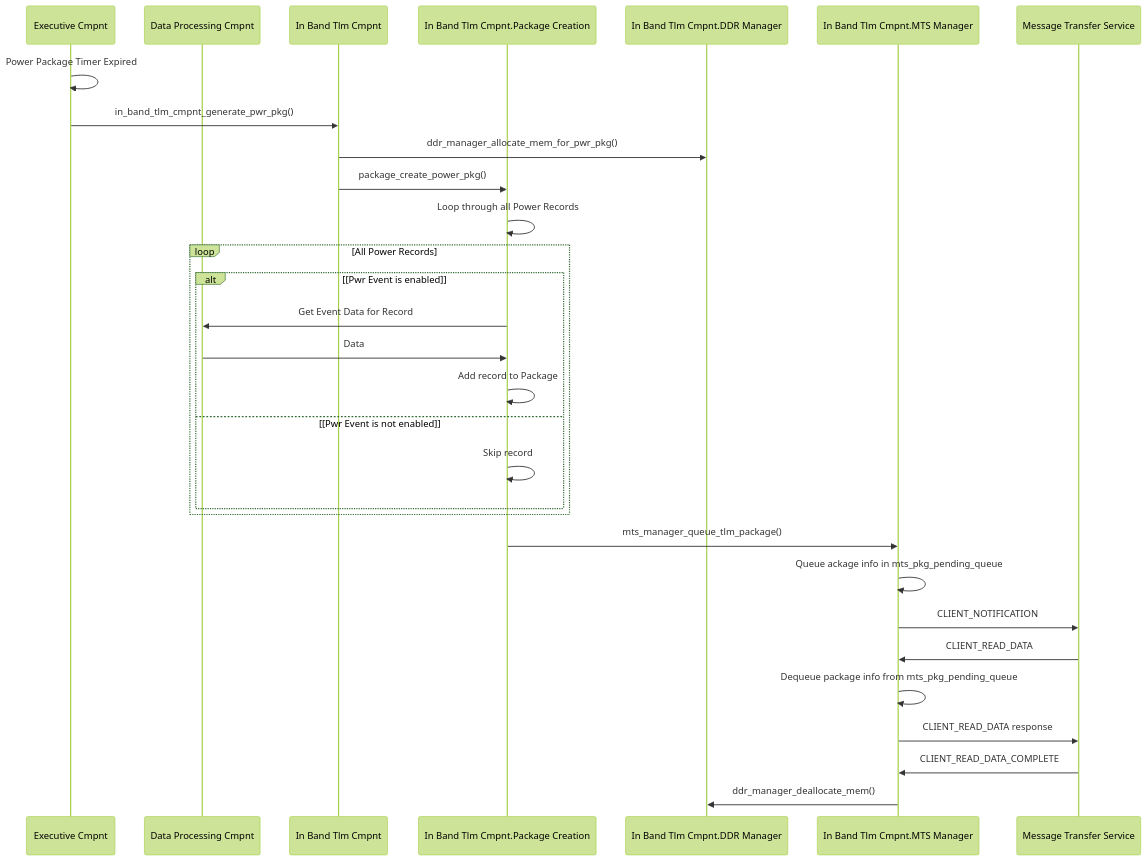
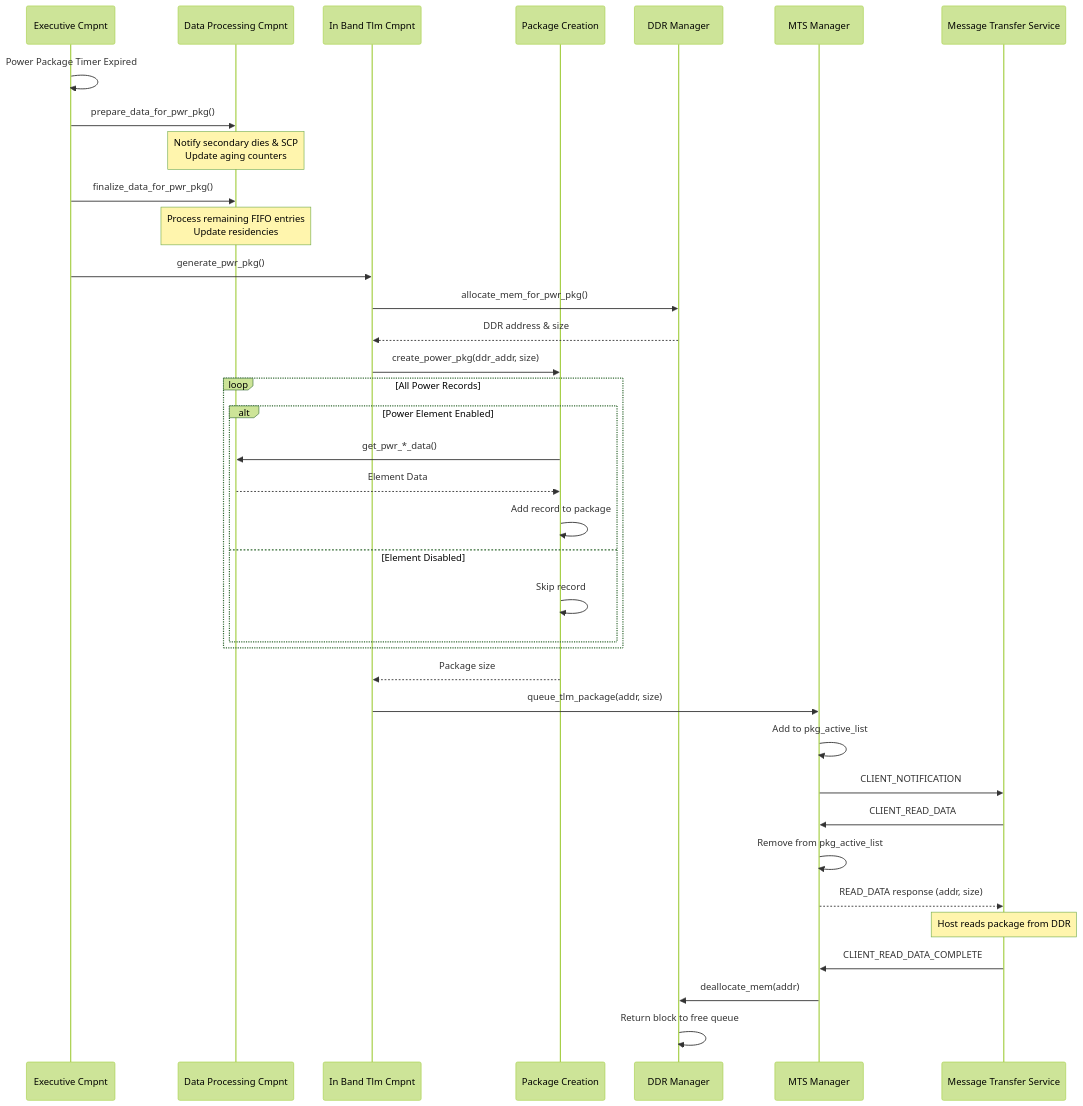
Before and after one commit to jivahire-com/cpp-thread-safe-cache: the fifth of 8 diagrams in docs/development/FirmwareDesign/telemetry.md, drawn with Mermaid (forest theme). The commit also changed other lines of this file and 30 other files, not shown here.

```diff
--- a/docs/development/FirmwareDesign/telemetry.md
+++ b/docs/development/FirmwareDesign/telemetry.md
@@ -251,32 +637,40 @@
 :::mermaid
 sequenceDiagram
 participant Exec as Executive Cmpnt
 participant Dataproc as Data Processing Cmpnt
 participant InBand as In Band Tlm Cmpnt
-participant PkgCr as In Band Tlm Cmpnt.Package Creation
-participant DdrMgr as In Band Tlm Cmpnt.DDR Manager
-participant MtsMgr as In Band Tlm Cmpnt.MTS Manager
+participant PkgCr as Package Creation
+participant DdrMgr as DDR Manager
+participant MtsMgr as MTS Manager
 participant MTS as Message Transfer Service
 Exec->>Exec: Power Package Timer Expired
-Exec->>InBand:in_band_tlm_cmpnt_generate_pwr_pkg()
-InBand->>DdrMgr: ddr_manager_allocate_mem_for_pwr_pkg()
-InBand->>PkgCr :package_create_power_pkg()
-PkgCr->>PkgCr: Loop through all Power Records
+Exec->>Dataproc: prepare_data_for_pwr_pkg()
+Note over Dataproc: Notify secondary dies & SCP<br/>Update aging counters
+Exec->>Dataproc: finalize_data_for_pwr_pkg()
+Note over Dataproc: Process remaining FIFO entries<br/>Update residencies
+Exec->>InBand: generate_pwr_pkg()
+InBand->>DdrMgr: allocate_mem_for_pwr_pkg()
+DdrMgr-->>InBand: DDR address & size
+InBand->>PkgCr: create_power_pkg(ddr_addr, size)
 loop All Power Records
-    alt [Pwr Event is enabled]
-        PkgCr->>Dataproc: Get Event Data for Record
-        Dataproc->>PkgCr: Data
-        PkgCr->>PkgCr: Add record to Package
-    else [Pwr Event is not enabled]
+    alt Power Element Enabled
+        PkgCr->>Dataproc: get_pwr_*_data()
+        Dataproc-->>PkgCr: Element Data
+        PkgCr->>PkgCr: Add record to package
+    else Element Disabled
         PkgCr->>PkgCr: Skip record
     end
 end
-PkgCr->>MtsMgr: mts_manager_queue_tlm_package()
-MtsMgr->>MtsMgr: Queue ackage info in mts_pkg_pending_queue
+PkgCr-->>InBand: Package size
+InBand->>MtsMgr: queue_tlm_package(addr, size)
+MtsMgr->>MtsMgr: Add to pkg_active_list
 MtsMgr->>MTS: CLIENT_NOTIFICATION
 MTS->>MtsMgr: CLIENT_READ_DATA
-MtsMgr->>MtsMgr: Dequeue package info from mts_pkg_pending_queue
-MtsMgr->>MTS: CLIENT_READ_DATA response
+MtsMgr->>MtsMgr: Remove from pkg_active_list
+MtsMgr-->>MTS: READ_DATA response (addr, size)
+Note over MTS: Host reads package from DDR
 MTS->>MtsMgr: CLIENT_READ_DATA_COMPLETE
-MtsMgr->>DdrMgr: ddr_manager_deallocate_mem()
+MtsMgr->>DdrMgr: deallocate_mem(addr)
+DdrMgr->>DdrMgr: Return block to free queue
+
 :::
```
